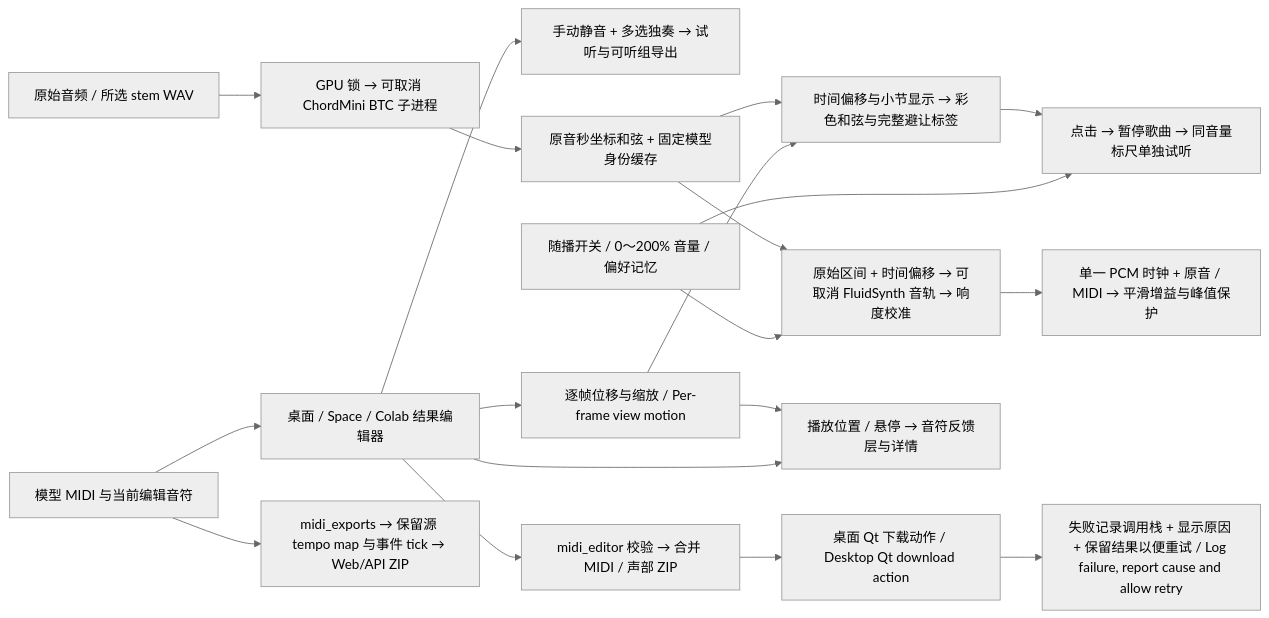
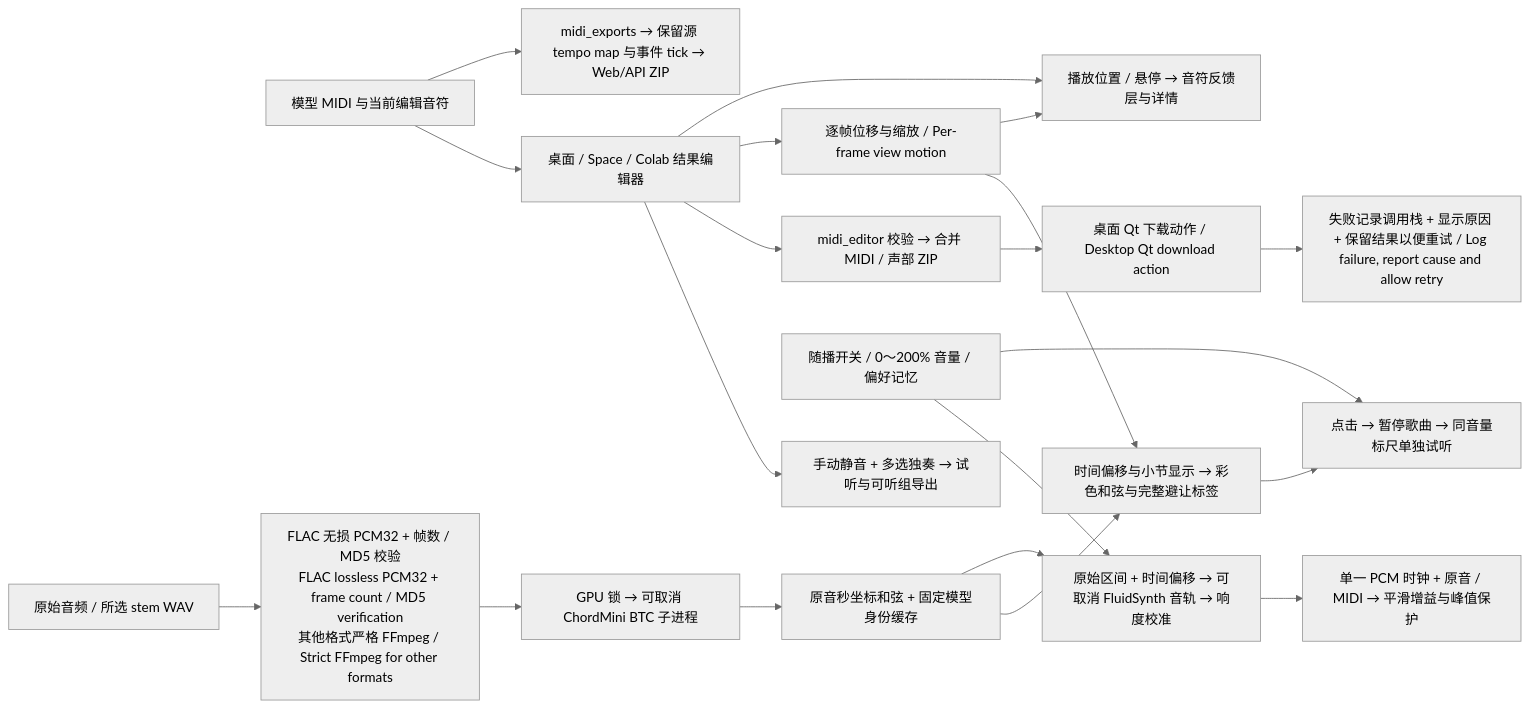
The diagram in docs/soundfont-and-sheet-music.md (mason369/music-to-midi), drawn with Mermaid (neutral theme) before and after one commit. The commit also changed other lines of this file and 48 other files, not shown here.

````diff
--- a/docs/soundfont-and-sheet-music.md
+++ b/docs/soundfont-and-sheet-music.md
@@ -25,21 +26,22 @@
 ```mermaid
 flowchart LR
     MIDI[模型 MIDI 与当前编辑音符] --> Editor[桌面 / Space / Colab 结果编辑器]
     Editor --> Mix[手动静音 + 多选独奏 → 试听与可听组导出]
     Editor --> Export[midi_editor 校验 → 合并 MIDI / 声部 ZIP]
     Export --> Download[桌面 Qt 下载动作 / Desktop Qt download action]
     Download --> Failure[失败记录调用栈 + 显示原因 + 保留结果以便重试 / Log failure, report cause and allow retry]
-    Audio[原始音频 / 所选 stem WAV] --> Worker[GPU 锁 → 可取消 ChordMini BTC 子进程]
+    Audio[原始音频 / 所选 stem WAV] --> Decode[FLAC 无损 PCM32 + 帧数 / MD5 校验<br/>FLAC lossless PCM32 + frame count / MD5 verification<br/>其他格式严格 FFmpeg / Strict FFmpeg for other formats]
+    Decode --> Worker[GPU 锁 → 可取消 ChordMini BTC 子进程]
     Worker --> Native[原音秒坐标和弦 + 固定模型身份缓存]
     Native --> Chords[时间偏移与小节显示 → 彩色和弦与完整避让标签]
     Native --> Monitor[原始区间 + 时间偏移 → 可取消 FluidSynth 音轨 → 响度校准]
     Controls[随播开关 / 0～200% 音量 / 偏好记忆] --> Monitor
     Monitor --> Clock[单一 PCM 时钟 + 原音 / MIDI → 平滑增益与峰值保护]
     Chords --> Audition[点击 → 暂停歌曲 → 同音量标尺单独试听]
     Controls --> Audition
     Editor --> View[逐帧位移与缩放 / Per-frame view motion]
     View --> Chords
     View --> Feedback[播放位置 / 悬停 → 音符反馈层与详情]
     Editor --> Feedback
     MIDI --> API[midi_exports → 保留源 tempo map 与事件 tick → Web/API ZIP]
 ```
````
